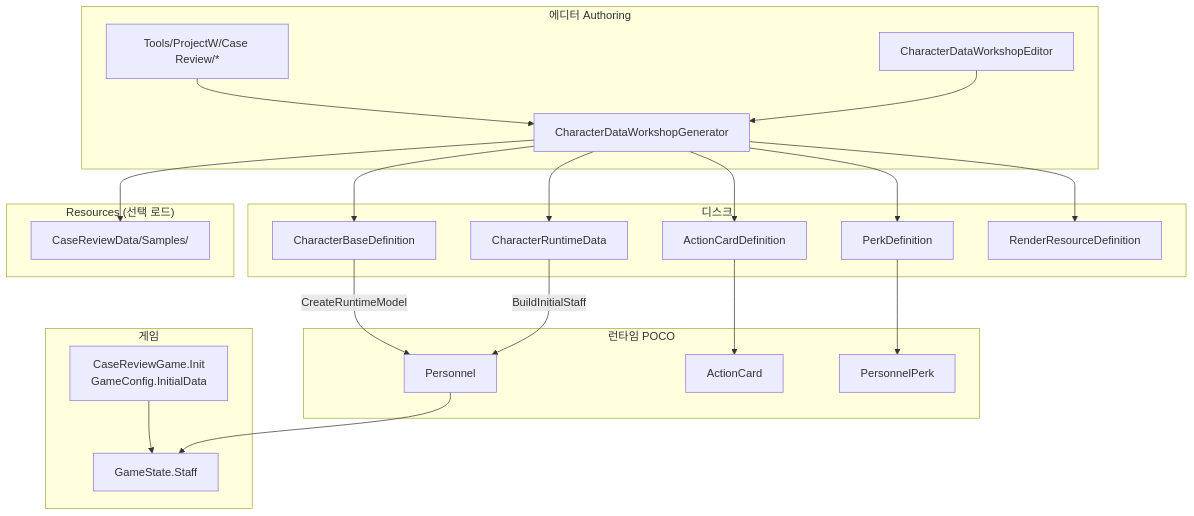
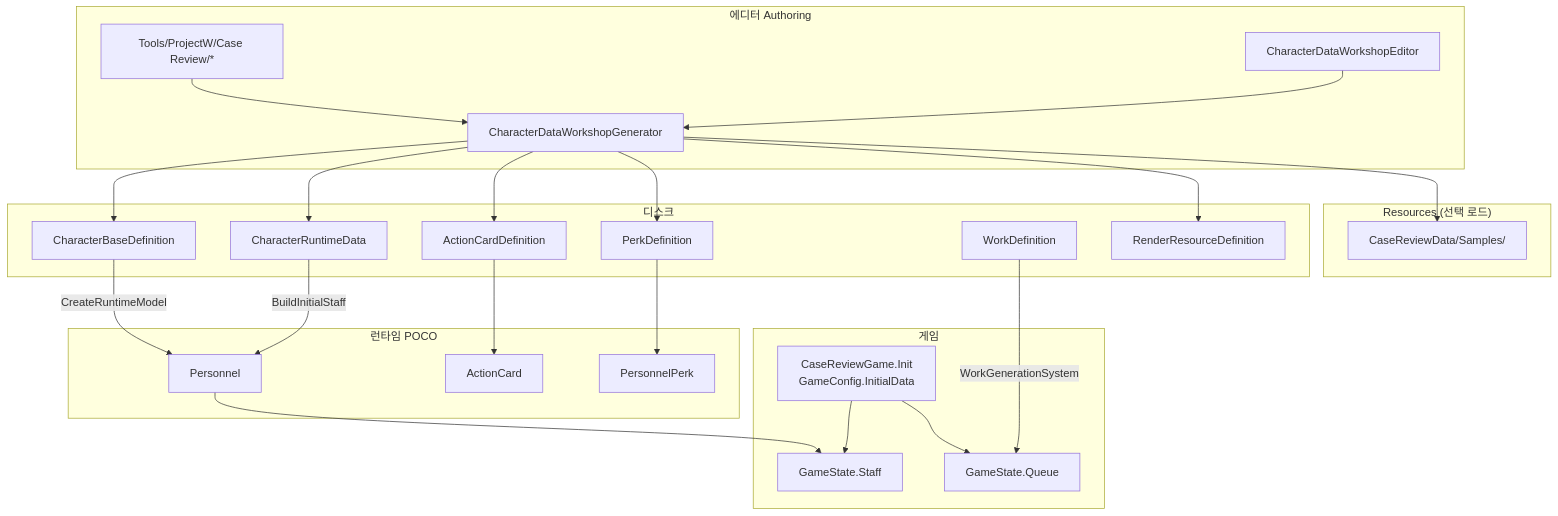
One commit to BaekNothing/ProjectW changed diagram 13 of 17 in Assets/Specification/Architecture – ProjectW System Overview.md. Above: the diagram before and after it, drawn with Mermaid. The commit also changed other lines of this file and 8 other files, not shown here.

````diff
--- a/Assets/Specification/Architecture – ProjectW System Overview.md
+++ b/Assets/Specification/Architecture – ProjectW System Overview.md
@@ -389,38 +463,42 @@
 ```mermaid
 flowchart TB
   subgraph Editor["에디터 Authoring"]
     MENU["Tools/ProjectW/Case Review/*"]
     INS["CharacterDataWorkshopEditor"]
     GEN["CharacterDataWorkshopGenerator"]
   end
   subgraph AssetsOnDisk["디스크"]
     BASE["CharacterBaseDefinition"]
     RUN["CharacterRuntimeData"]
     CARD["ActionCardDefinition"]
     PERK["PerkDefinition"]
+    WDEF["WorkDefinition"]
     RR["RenderResourceDefinition"]
   end
   subgraph ResourcesPath["Resources (선택 로드)"]
     SAMP["CaseReviewData/Samples/"]
   end
   subgraph RuntimePOCO["런타임 POCO"]
     PER["Personnel"]
     AC["ActionCard"]
     PP["PersonnelPerk"]
   end
   subgraph Game["게임"]
     INIT["CaseReviewGame.Init\nGameConfig.InitialData"]
     GS["GameState.Staff"]
+    GQ["GameState.Queue"]
   end
 
   MENU --> GEN
   INS --> GEN
   GEN --> BASE & RUN & CARD & PERK & RR
   GEN --> SAMP
   BASE -->|CreateRuntimeModel| PER
   RUN -->|BuildInitialStaff| PER
   CARD --> AC
   PERK --> PP
+  WDEF -->|WorkGenerationSystem| GQ
   INIT --> GS
+  INIT --> GQ
   PER --> GS
 ```
````
